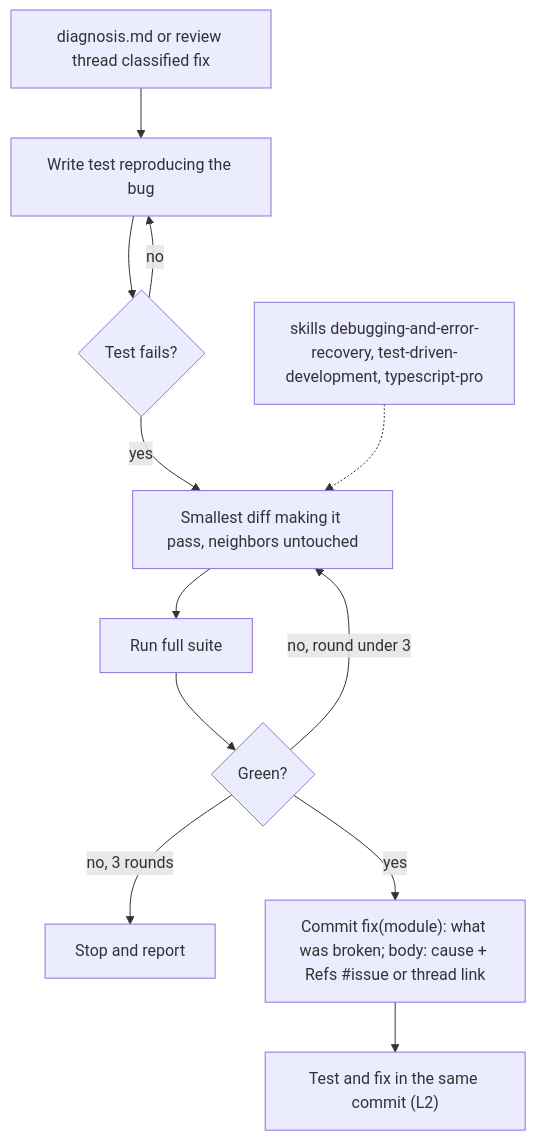
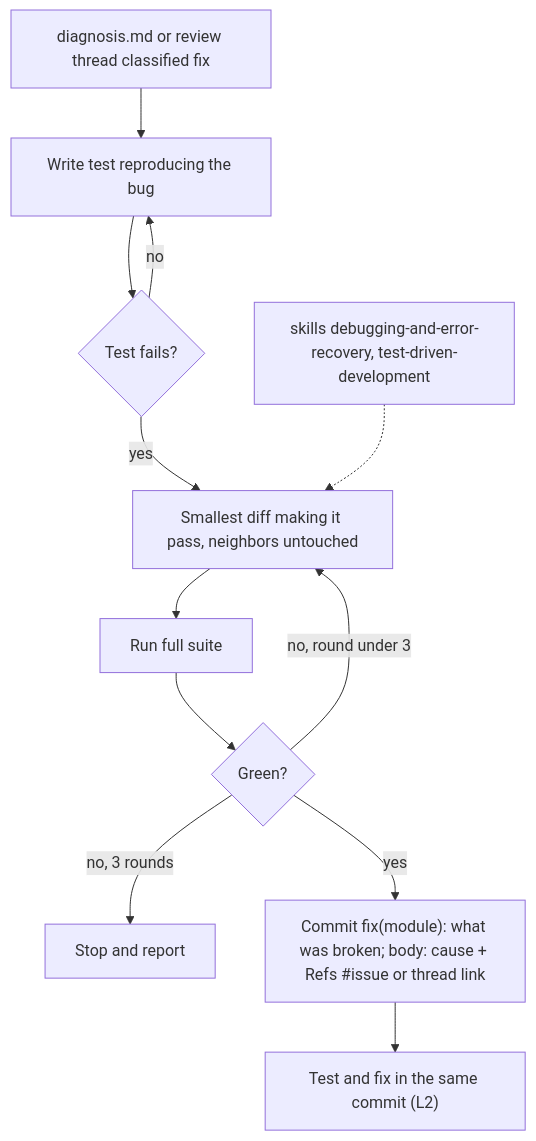
Before and after one commit to nicolasmondain/adorno: the second of 3 diagrams in src/agents/fix/SCHEMA.md, drawn with Mermaid. The commit also changed other lines of this file and 220 other files, not shown here.

````diff
--- a/src/agents/fix/SCHEMA.md
+++ b/src/agents/fix/SCHEMA.md
@@ -22,14 +22,14 @@
 ```mermaid
 flowchart TD
   IN["diagnosis.md or review thread classified fix"] --> T["Write test reproducing the bug"]
   T --> F{"Test fails?"}
   F -->|"no"| T
   F -->|"yes"| FX["Smallest diff making it pass, neighbors untouched"]
   FX --> S["Run full suite"]
   S --> G{"Green?"}
   G -->|"no, round under 3"| FX
   G -->|"no, 3 rounds"| STOP["Stop and report"]
   G -->|"yes"| C["Commit fix(module): what was broken; body: cause + Refs #issue or thread link"]
   C --> OUT["Test and fix in the same commit (L2)"]
-  SK["skills debugging-and-error-recovery, test-driven-development, typescript-pro"] -.-> FX
+  SK["skills debugging-and-error-recovery, test-driven-development"] -.-> FX
 ```
````
